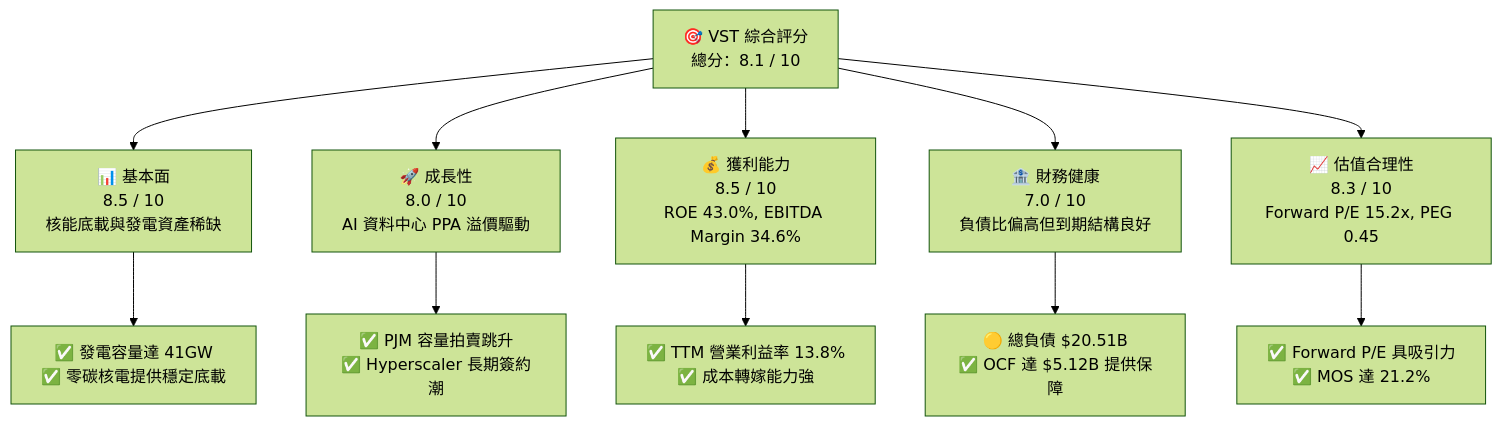
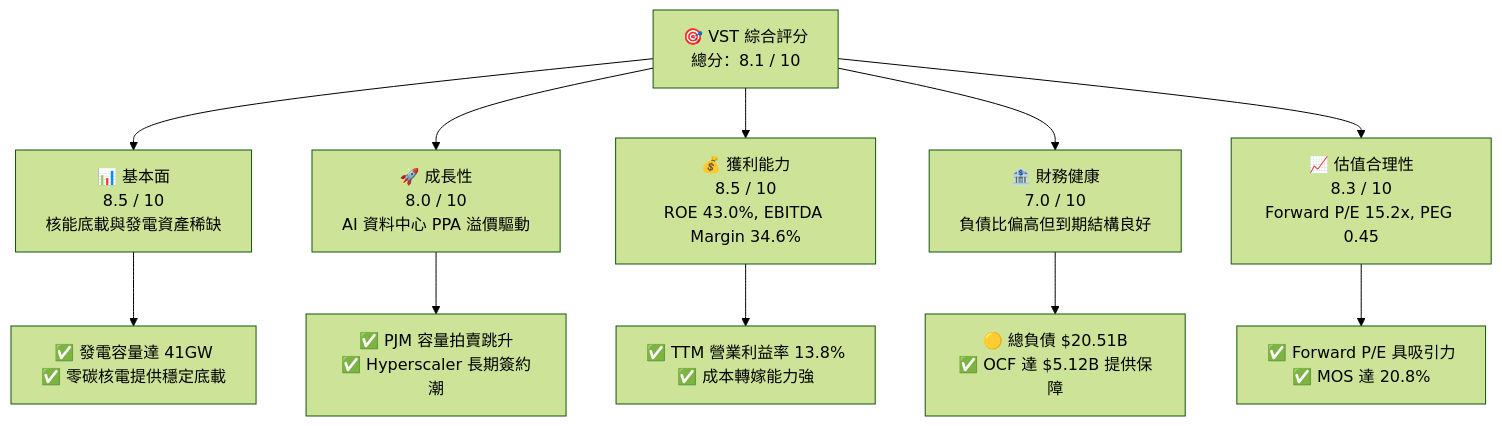
Before and after one commit to yennanliu/finance_data: the first of 15 diagrams in ai_gen_report/fundamental/vst/fundamental_analysis_2026-10-13_gemini.md, drawn with Mermaid (forest theme). The commit also changed other lines of this file and 339 other files, not shown here.

````diff
--- a/ai_gen_report/fundamental/vst/fundamental_analysis_2026-10-13_gemini.md
+++ b/ai_gen_report/fundamental/vst/fundamental_analysis_2026-10-13_gemini.md
@@ -58,22 +65,22 @@
 ```mermaid
 graph TD
     TICKER["🎯 VST 綜合評分<br/>總分：8.1 / 10"]
 
     F["📊 基本面<br/>8.5 / 10<br/>核能底載與發電資產稀缺"]
     G["🚀 成長性<br/>8.0 / 10<br/>AI 資料中心 PPA 溢價驅動"]
     P["💰 獲利能力<br/>8.5 / 10<br/>ROE 43.0%, EBITDA Margin 34.6%"]
     B["🏦 財務健康<br/>7.0 / 10<br/>負債比偏高但到期結構良好"]
     V["📈 估值合理性<br/>8.3 / 10<br/>Forward P/E 15.2x, PEG 0.45"]
 
     TICKER --> F
     TICKER --> G
     TICKER --> P
     TICKER --> B
     TICKER --> V
 
     F --> F1["✅ 發電容量達 41GW<br/>✅ 零碳核電提供穩定底載"]
     G --> G1["✅ PJM 容量拍賣跳升<br/>✅ Hyperscaler 長期簽約潮"]
     P --> P1["✅ TTM 營業利益率 13.8%<br/>✅ 成本轉嫁能力強"]
     B --> B1["🟡 總負債 $20.51B<br/>✅ OCF 達 $5.12B 提供保障"]
-    V --> V1["✅ Forward P/E 具吸引力<br/>✅ MOS 達 21.2%"]
+    V --> V1["✅ Forward P/E 具吸引力<br/>✅ MOS 達 20.8%"]
 ```
````
